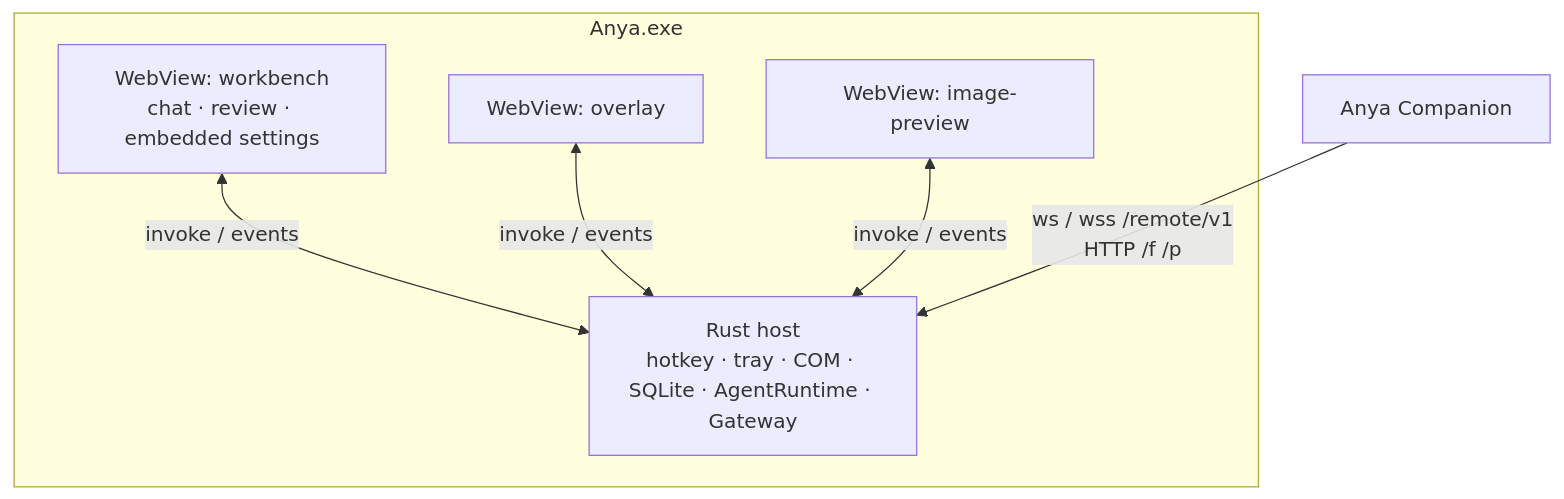
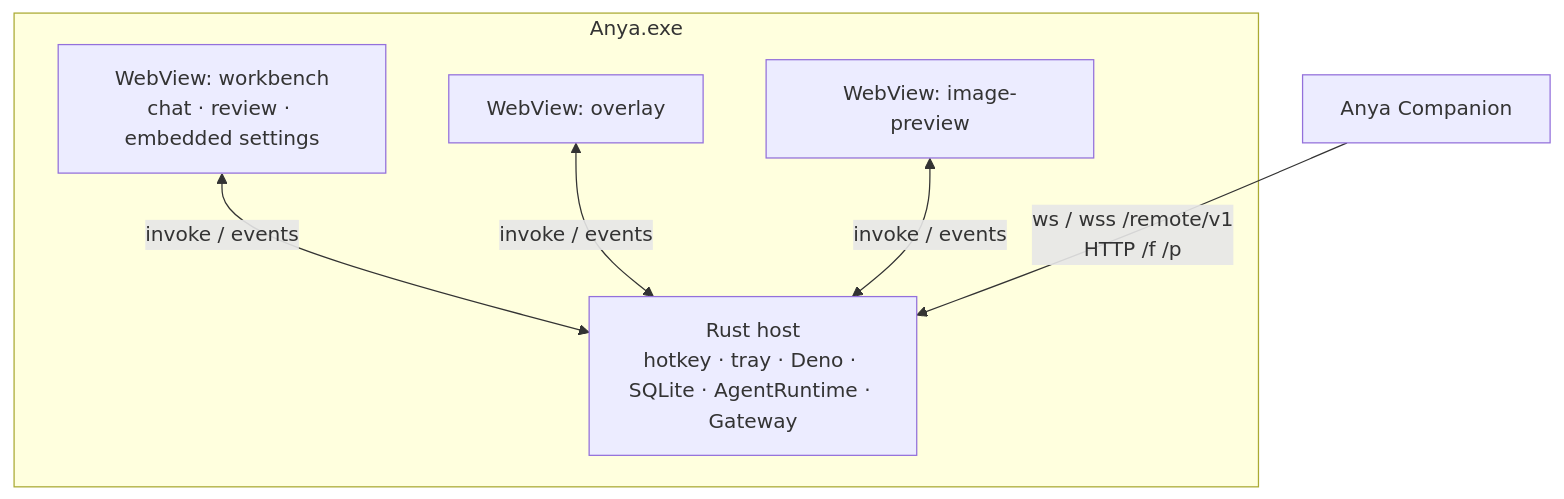
One commit to rururunu/Anya changed the third of 20 diagrams in docs/architecture-overview.md. Above: the diagram before and after it, drawn with Mermaid. The commit also changed other lines of this file and 205 other files, not shown here.

````diff
--- a/docs/architecture-overview.md
+++ b/docs/architecture-overview.md
@@ -166,16 +166,16 @@
 ```mermaid
 flowchart TB
   subgraph Process["Anya.exe"]
-    Rust["Rust host<br/>hotkey · tray · COM · SQLite · AgentRuntime · Gateway"]
+    Rust["Rust host<br/>hotkey · tray · Deno · SQLite · AgentRuntime · Gateway"]
     WV1["WebView: workbench<br/>chat · review · embedded settings"]
     WV2["WebView: overlay"]
     WV4["WebView: image-preview"]
   end
 
   Phone[Anya Companion]
 
   WV1 <-->|invoke / events| Rust
   WV2 <-->|invoke / events| Rust
   WV4 <-->|invoke / events| Rust
   Phone -->|ws / wss /remote/v1<br/>HTTP /f /p| Rust
 ```
````
